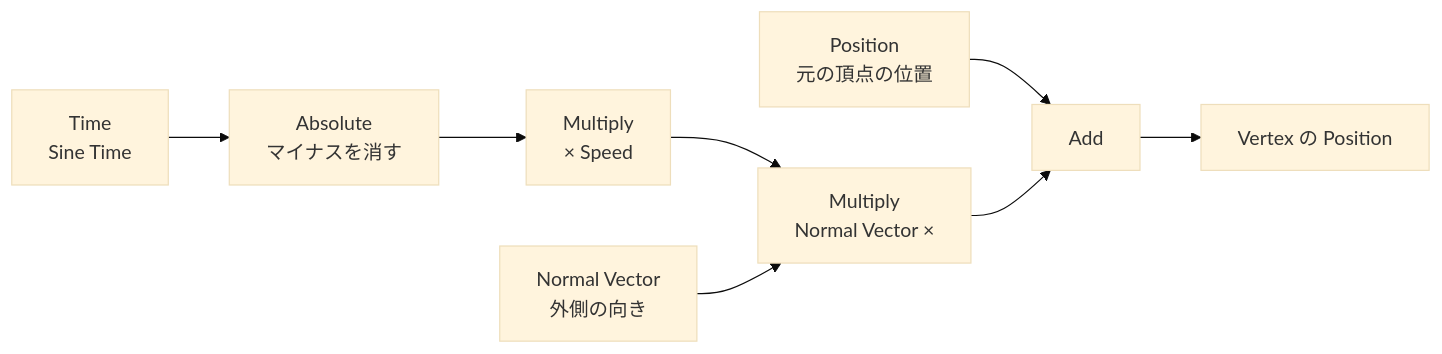
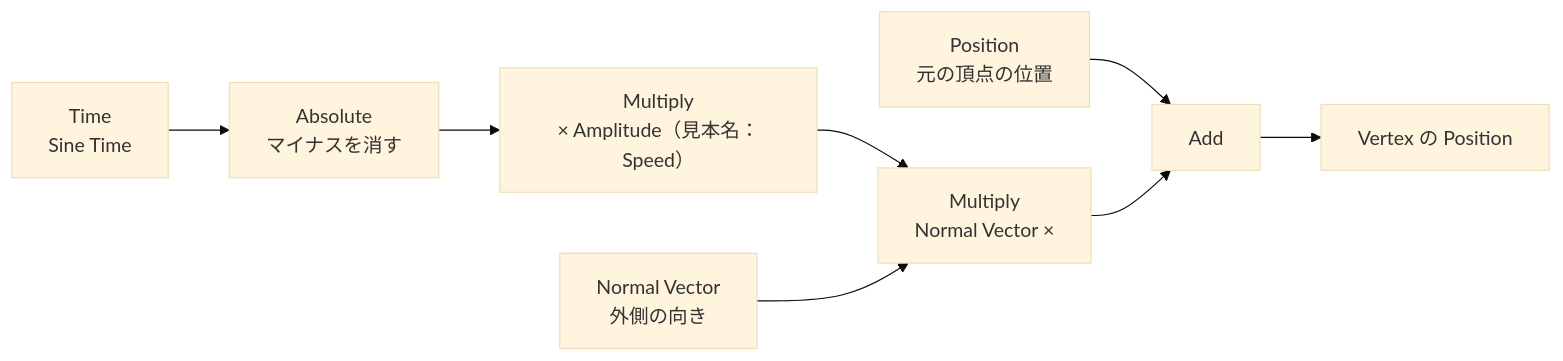
One commit to M-634/unity-game-dev-advance-docs.github.io changed the third of 3 diagrams in docs/lessons/s3-graphics/shader.md. Above: the diagram before and after it, drawn with Mermaid (base theme). The commit also changed other lines of this file and 5 other files, not shown here.

````diff
--- a/docs/lessons/s3-graphics/shader.md
+++ b/docs/lessons/s3-graphics/shader.md
@@ -260,10 +278,10 @@
 ```mermaid
 flowchart LR
     T["Time<br>Sine Time"] --> A["Absolute<br>マイナスを消す"]
-    A --> M1["Multiply<br>× Speed"]
+    A --> M1["Multiply<br>× Amplitude（見本名：Speed）"]
     M1 --> M2["Multiply<br>Normal Vector ×"]
     N["Normal Vector<br>外側の向き"] --> M2
     P["Position<br>元の頂点の位置"] --> Add["Add"]
     M2 --> Add
     Add --> V["Vertex の Position"]
 ```
````
